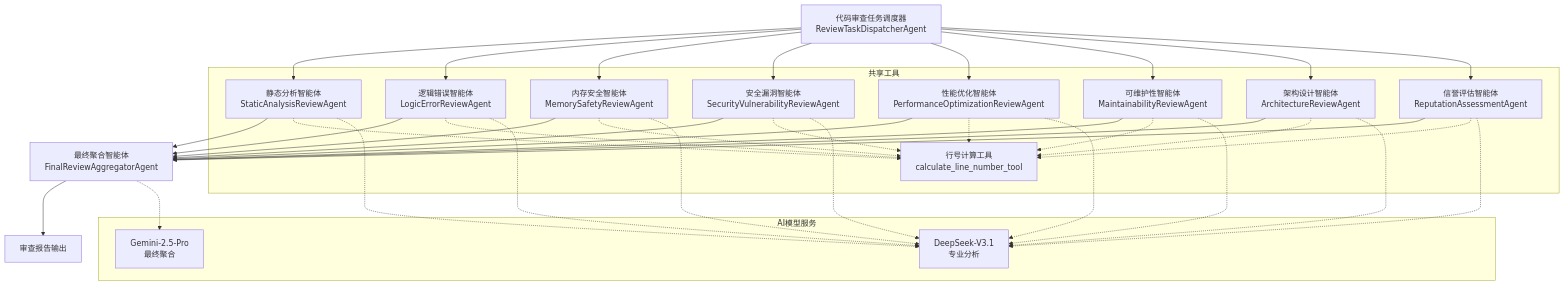
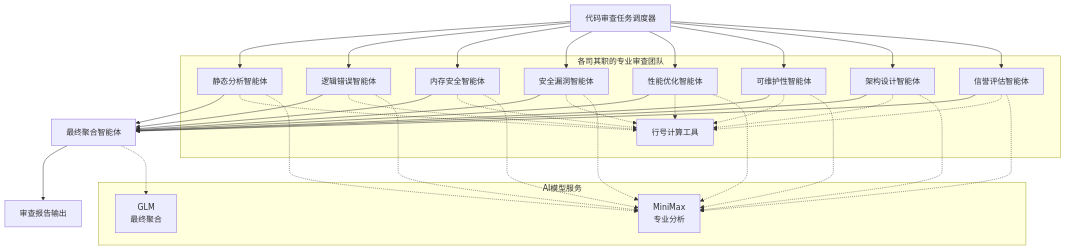
Before and after one commit to caiyusheng650/CodeReviewSystem: the third of 3 diagrams in README.md, drawn with Mermaid. The commit also changed other lines of this file and 5 other files, not shown here.

````diff
--- a/README.md
+++ b/README.md
@@ -65,49 +67,49 @@
 ```mermaid
 graph TB
-    A[代码审查任务调度器<br/>ReviewTaskDispatcherAgent] --> B[静态分析智能体<br/>StaticAnalysisReviewAgent]
-    A --> C[逻辑错误智能体<br/>LogicErrorReviewAgent]
-    A --> D[内存安全智能体<br/>MemorySafetyReviewAgent]
-    A --> E[安全漏洞智能体<br/>SecurityVulnerabilityReviewAgent]
-    A --> F[性能优化智能体<br/>PerformanceOptimizationReviewAgent]
-    A --> G[可维护性智能体<br/>MaintainabilityReviewAgent]
-    A --> H[架构设计智能体<br/>ArchitectureReviewAgent]
-    A --> I[信誉评估智能体<br/>ReputationAssessmentAgent]
+    A[代码审查任务调度器] --> B[静态分析智能体]
+    A --> C[逻辑错误智能体]
+    A --> D[内存安全智能体]
+    A --> E[安全漏洞智能体]
+    A --> F[性能优化智能体]
+    A --> G[可维护性智能体]
+    A --> H[架构设计智能体]
+    A --> I[信誉评估智能体]
     
-    B --> J[最终聚合智能体<br/>FinalReviewAggregatorAgent]
+    B --> J[最终聚合智能体]
     C --> J
     D --> J
     E --> J
     F --> J
     G --> J
     H --> J
     I --> J
     
     J --> K[审查报告输出]
     
-    subgraph "共享工具"
-        L[行号计算工具<br/>calculate_line_number_tool]
+    subgraph "各司其职的专业审查团队"
+        L[行号计算工具]
         B -.-> L
         C -.-> L
         D -.-> L
         E -.-> L
         F -.-> L
         G -.-> L
         H -.-> L
         I -.-> L
     end
     
     subgraph "AI模型服务"
-        M[Gemini-2.5-Pro<br/>最终聚合]
-        N[DeepSeek-V3.1<br/>专业分析]
+        M[GLM<br/>最终聚合]
+        N[MiniMax<br/>专业分析]
     end
     
     J -.-> M
     B -.-> N
     C -.-> N
     D -.-> N
     E -.-> N
     F -.-> N
     G -.-> N
     H -.-> N
     I -.-> N
 ```
````
